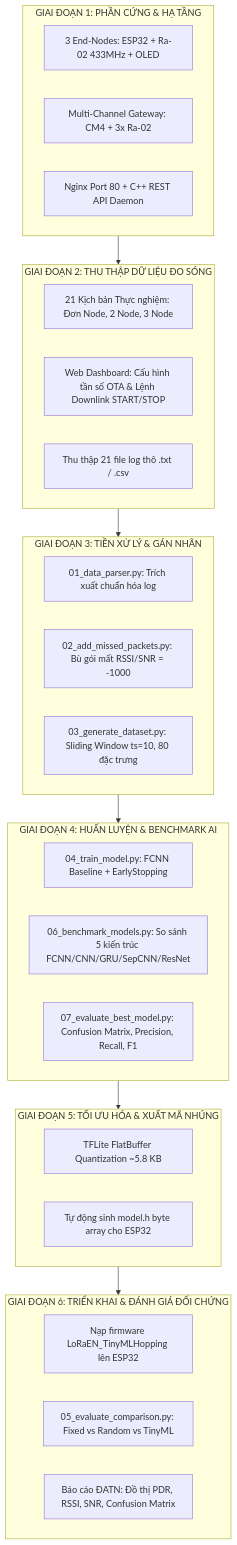
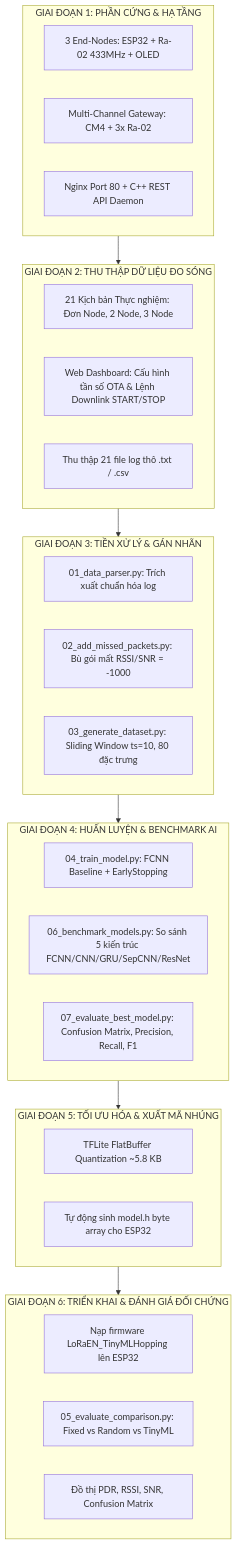
Before and after one commit to Brauuwu/LoRa_TinyML_Hopping: the first of 3 diagrams in docs/PIPELINE_THUC_HIEN_DU_AN.md, drawn with Mermaid. The commit also changed other lines of this file and 1 other file, not shown here.

Commit message:
docs: add hardware connection diagrams and firmware operational flowcharts

````diff
--- a/docs/PIPELINE_THUC_HIEN_DU_AN.md
+++ b/docs/PIPELINE_THUC_HIEN_DU_AN.md
@@ -8,43 +9,43 @@
 ```mermaid
 flowchart TD
     subgraph G1 [GIAI ĐOẠN 1: PHẦN CỨNG & HẠ TẦNG]
         HW1[3 End-Nodes: ESP32 + Ra-02 433MHz + OLED]
         HW2[Multi-Channel Gateway: CM4 + 3x Ra-02]
         GW_SRV[Nginx Port 80 + C++ REST API Daemon]
     end
 
     subgraph G2 [GIAI ĐOẠN 2: THU THẬP DỮ LIỆU ĐO SÓNG]
         SCEN[21 Kịch bản Thực nghiệm: Đơn Node, 2 Node, 3 Node]
         OTA[Web Dashboard: Cấu hình tần số OTA & Lệnh Downlink START/STOP]
         RAW_LOGS[Thu thập 21 file log thô .txt / .csv]
     end
 
     subgraph G3 [GIAI ĐOẠN 3: TIỀN XỬ LÝ & GÁN NHÃN]
         P1["01_data_parser.py: Trích xuất chuẩn hóa log"]
         P2["02_add_missed_packets.py: Bù gói mất RSSI/SNR = -1000"]
         P3["03_generate_dataset.py: Sliding Window ts=10, 80 đặc trưng"]
     end
 
     subgraph G4 [GIAI ĐOẠN 4: HUẤN LUYỆN & BENCHMARK AI]
         M1["04_train_model.py: FCNN Baseline + EarlyStopping"]
         M2["06_benchmark_models.py: So sánh 5 kiến trúc FCNN/CNN/GRU/SepCNN/ResNet"]
         M3["07_evaluate_best_model.py: Confusion Matrix, Precision, Recall, F1"]
     end
 
     subgraph G5 [GIAI ĐOẠN 5: TỐI ƯU HÓA & XUẤT MÃ NHÚNG]
         OPT1[TFLite FlatBuffer Quantization ~5.8 KB]
         OPT2["Tự động sinh model.h byte array cho ESP32"]
     end
 
     subgraph G6 [GIAI ĐOẠN 6: TRIỂN KHAI & ĐÁNH GIÁ ĐỐI CHỨNG]
         EMB[Nạp firmware LoRaEN_TinyMLHopping lên ESP32]
         COMP["05_evaluate_comparison.py: Fixed vs Random vs TinyML"]
-        REPORT[Báo cáo ĐATN: Đồ thị PDR, RSSI, SNR, Confusion Matrix]
+        REPORT[Đồ thị PDR, RSSI, SNR, Confusion Matrix]
     end
 
     G1 --> G2
     G2 --> G3
     G3 --> G4
     G4 --> G5
     G5 --> G6
 ```
````
